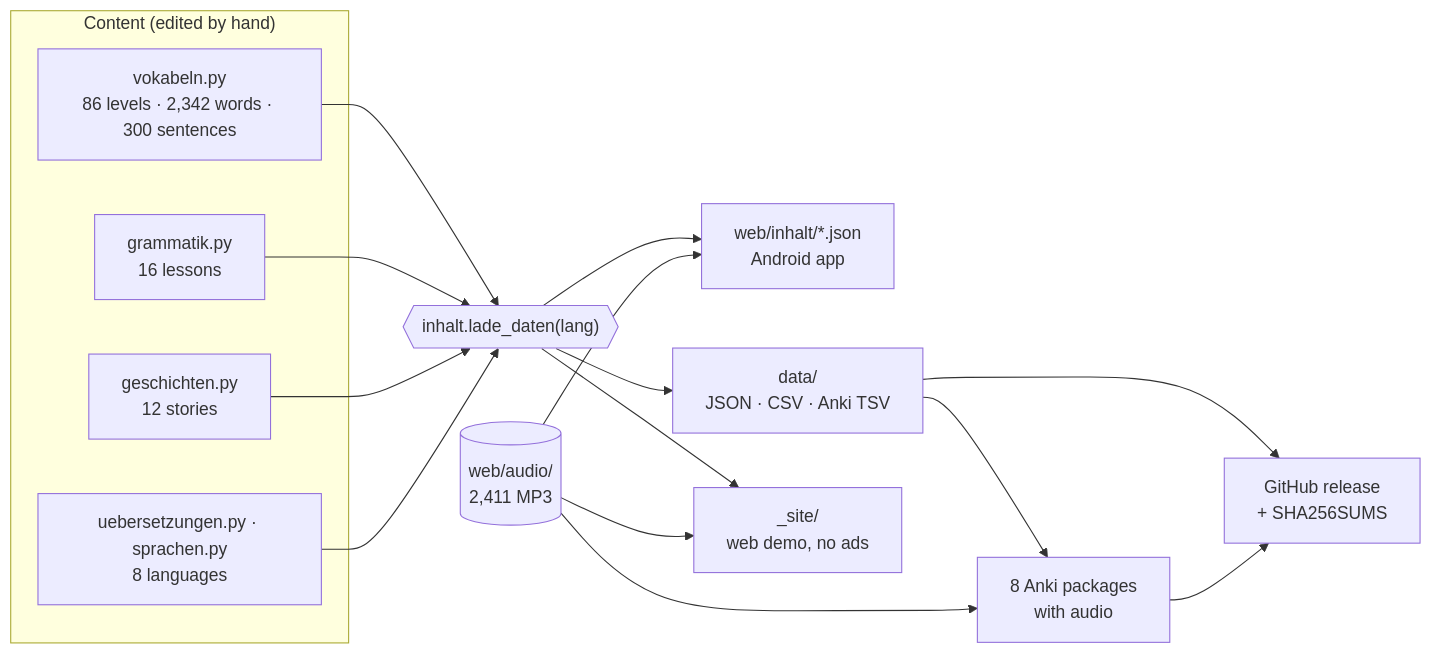
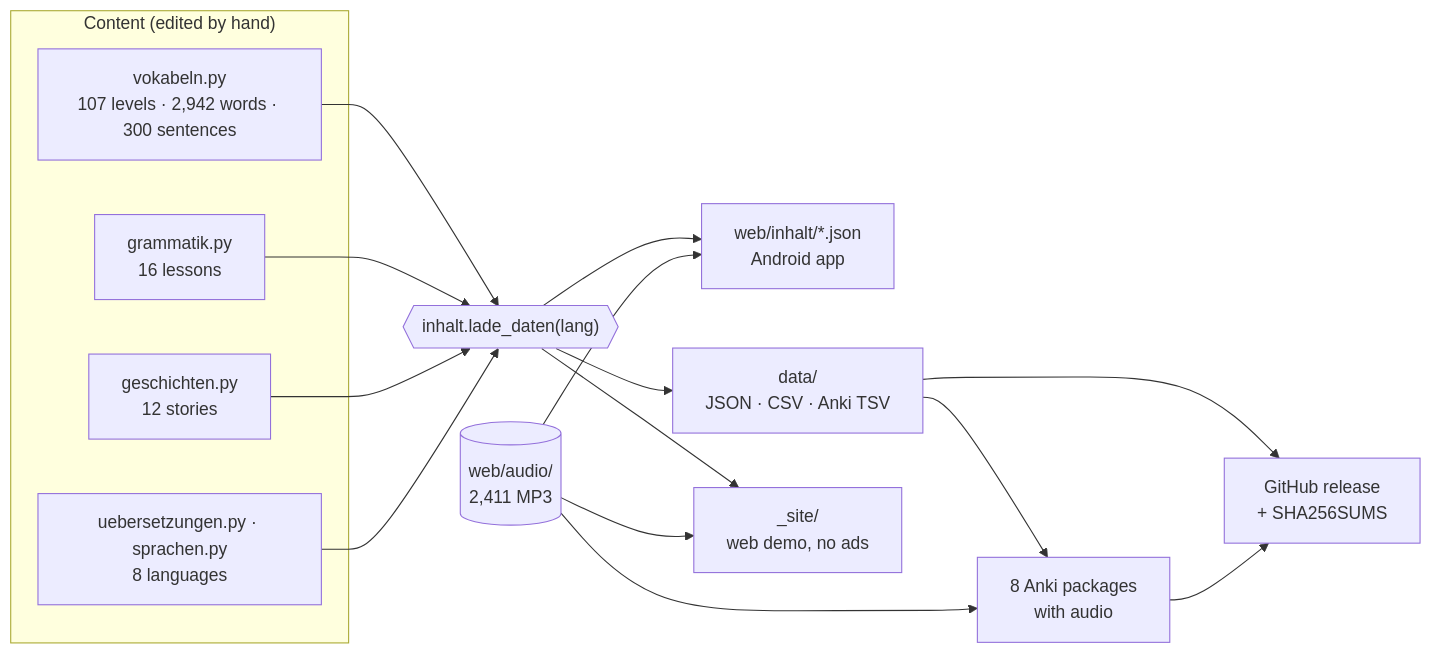
The first of 2 diagrams in README.md (zmaj-lernapp/zmaj), drawn with Mermaid before and after one commit. The commit also changed other lines of this file and 54 other files, not shown here.

````diff
--- a/README.md
+++ b/README.md
@@ -129,19 +129,19 @@
 ```mermaid
 flowchart LR
   subgraph src["Content (edited by hand)"]
-    V["vokabeln.py<br/>86 levels · 2,342 words · 300 sentences"]
+    V["vokabeln.py<br/>107 levels · 2,942 words · 300 sentences"]
     G["grammatik.py<br/>16 lessons"]
     S["geschichten.py<br/>12 stories"]
     U["uebersetzungen.py · sprachen.py<br/>8 languages"]
   end
   L{{"inhalt.lade_daten(lang)"}}
   V & G & S & U --> L
   A[("web/audio/<br/>2,411 MP3")]
   L --> APP["web/inhalt/*.json<br/>Android app"]
   L --> DS["data/<br/>JSON · CSV · Anki TSV"]
   L --> DEMO["_site/<br/>web demo, no ads"]
   DS --> ANKI["8 Anki packages<br/>with audio"]
   A --> APP & DEMO & ANKI
   DS --> REL["GitHub release<br/>+ SHA256SUMS"]
   ANKI --> REL
 ```
````
